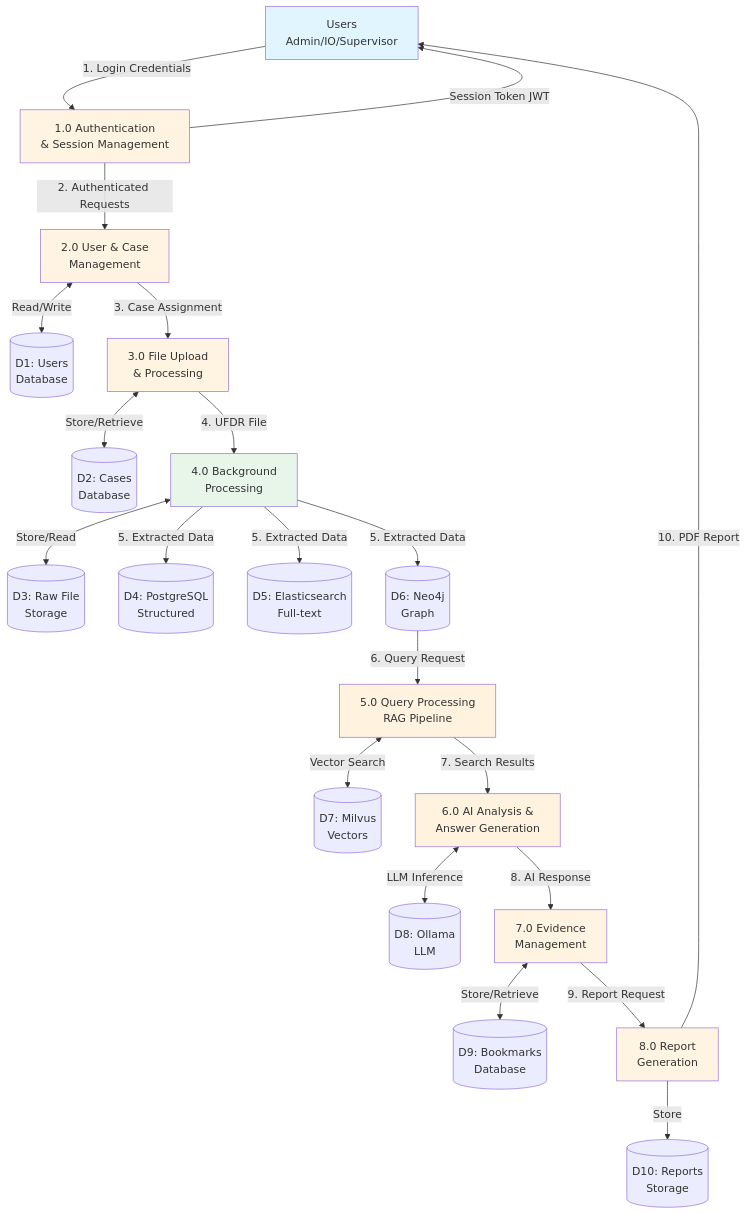
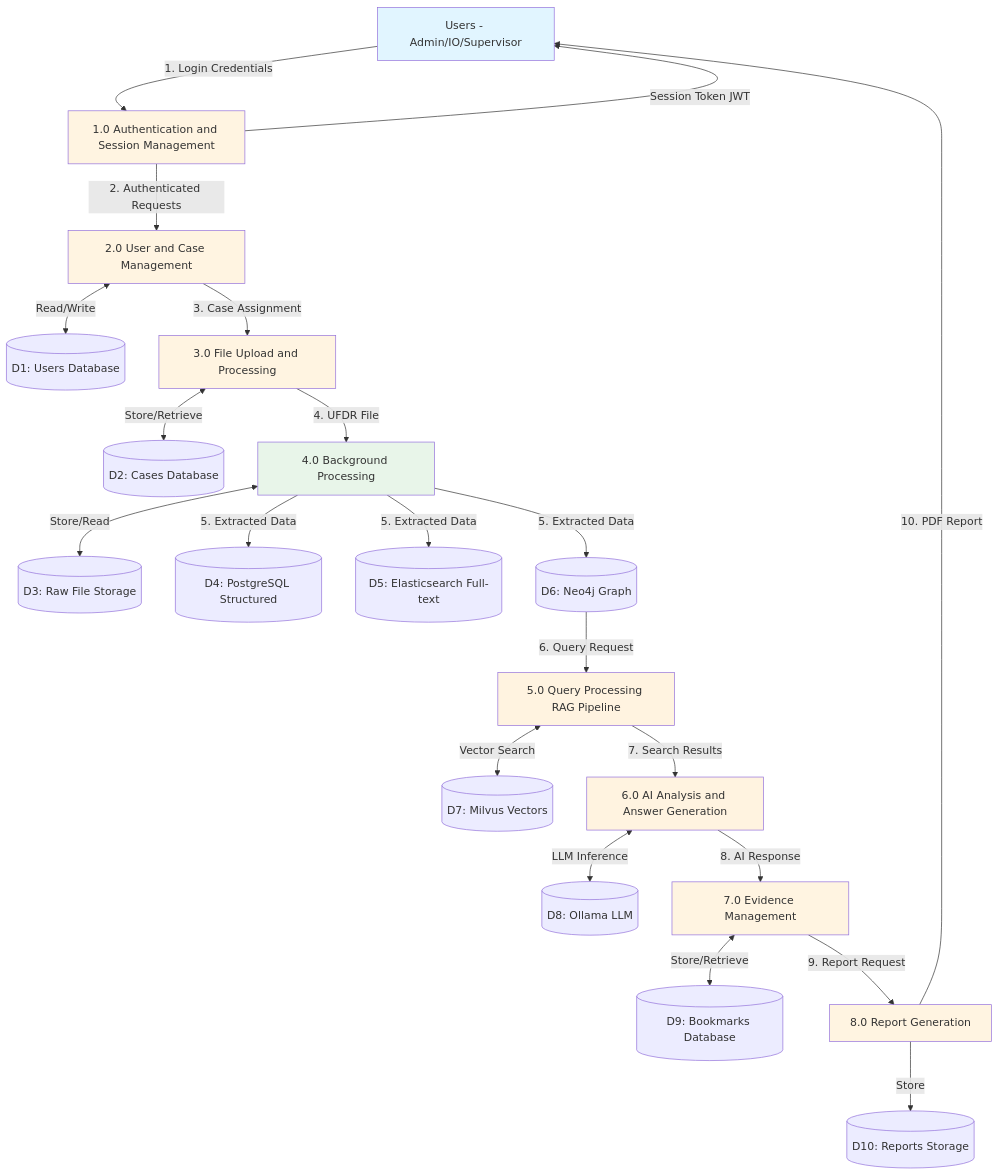
One commit to beingbrijesh/CopSight changed the second of 5 diagrams in DATA-FLOW-DIAGRAM.md. Above: the diagram before and after it, drawn with Mermaid. The commit also changed other lines of this file and 1 other file, not shown here.

Commit message:
Convert all ASCII diagrams to Mermaid for GitHub rendering

````diff
--- a/DATA-FLOW-DIAGRAM.md
+++ b/DATA-FLOW-DIAGRAM.md
@@ -34,55 +34,55 @@
 ```mermaid
 flowchart TD
-    Users[Users<br/>Admin/IO/Supervisor]
+    Users[Users - Admin/IO/Supervisor]
     
-    P1[1.0 Authentication<br/>& Session Management]
-    P2[2.0 User & Case<br/>Management]
-    P3[3.0 File Upload<br/>& Processing]
-    P4[4.0 Background<br/>Processing]
-    P5[5.0 Query Processing<br/>RAG Pipeline]
-    P6[6.0 AI Analysis &<br/>Answer Generation]
-    P7[7.0 Evidence<br/>Management]
-    P8[8.0 Report<br/>Generation]
+    P1[1.0 Authentication and Session Management]
+    P2[2.0 User and Case Management]
+    P3[3.0 File Upload and Processing]
+    P4[4.0 Background Processing]
+    P5[5.0 Query Processing RAG Pipeline]
+    P6[6.0 AI Analysis and Answer Generation]
+    P7[7.0 Evidence Management]
+    P8[8.0 Report Generation]
     
-    D1[(D1: Users<br/>Database)]
-    D2[(D2: Cases<br/>Database)]
-    D3[(D3: Raw File<br/>Storage)]
-    D4[(D4: PostgreSQL<br/>Structured)]
-    D5[(D5: Elasticsearch<br/>Full-text)]
-    D6[(D6: Neo4j<br/>Graph)]
-    D7[(D7: Milvus<br/>Vectors)]
-    D8[(D8: Ollama<br/>LLM)]
-    D9[(D9: Bookmarks<br/>Database)]
-    D10[(D10: Reports<br/>Storage)]
+    D1[(D1: Users Database)]
+    D2[(D2: Cases Database)]
+    D3[(D3: Raw File Storage)]
+    D4[(D4: PostgreSQL Structured)]
+    D5[(D5: Elasticsearch Full-text)]
+    D6[(D6: Neo4j Graph)]
+    D7[(D7: Milvus Vectors)]
+    D8[(D8: Ollama LLM)]
+    D9[(D9: Bookmarks Database)]
+    D10[(D10: Reports Storage)]
     
     Users -->|1. Login Credentials| P1
     P1 -->|Session Token JWT| Users
     P1 -->|2. Authenticated Requests| P2
     P2 <-->|Read/Write| D1
     P2 -->|3. Case Assignment| P3
     P3 <-->|Store/Retrieve| D2
     P3 -->|4. UFDR File| P4
     P4 <-->|Store/Read| D3
     P4 -->|5. Extracted Data| D4
     P4 -->|5. Extracted Data| D5
     P4 -->|5. Extracted Data| D6
     D6 -->|6. Query Request| P5
     P5 <-->|Vector Search| D7
     P5 -->|7. Search Results| P6
     P6 <-->|LLM Inference| D8
     P6 -->|8. AI Response| P7
     P7 <-->|Store/Retrieve| D9
     P7 -->|9. Report Request| P8
     P8 -->|Store| D10
     P8 -->|10. PDF Report| Users
     
     style Users fill:#e1f5ff
     style P1 fill:#fff4e1
     style P2 fill:#fff4e1
     style P3 fill:#fff4e1
     style P4 fill:#e8f5e9
     style P5 fill:#fff3e0
     style P6 fill:#fff3e0
     style P7 fill:#fff4e1
     style P8 fill:#fff4e1
 ```
````
